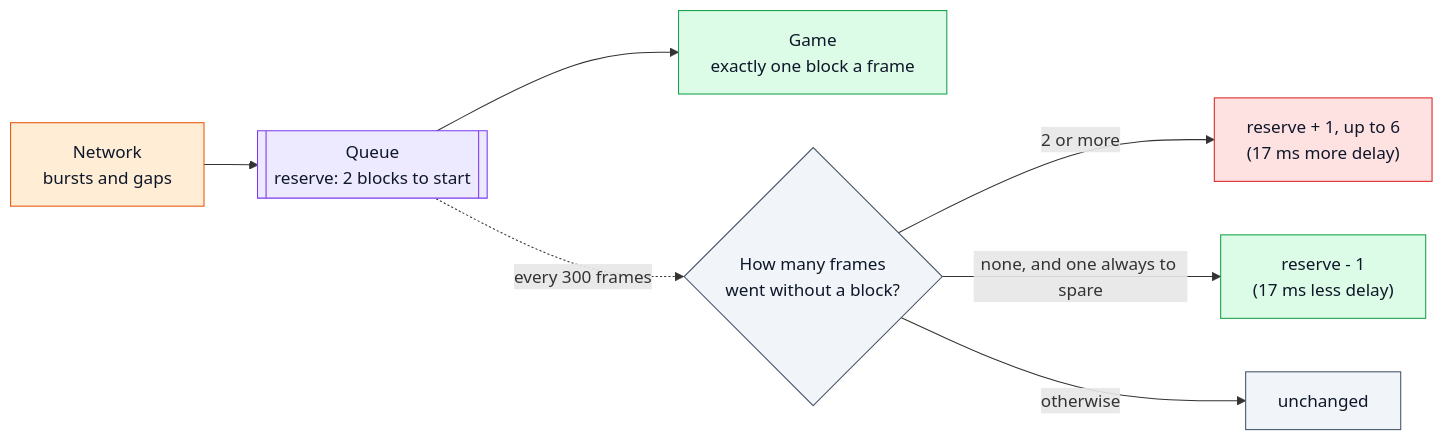
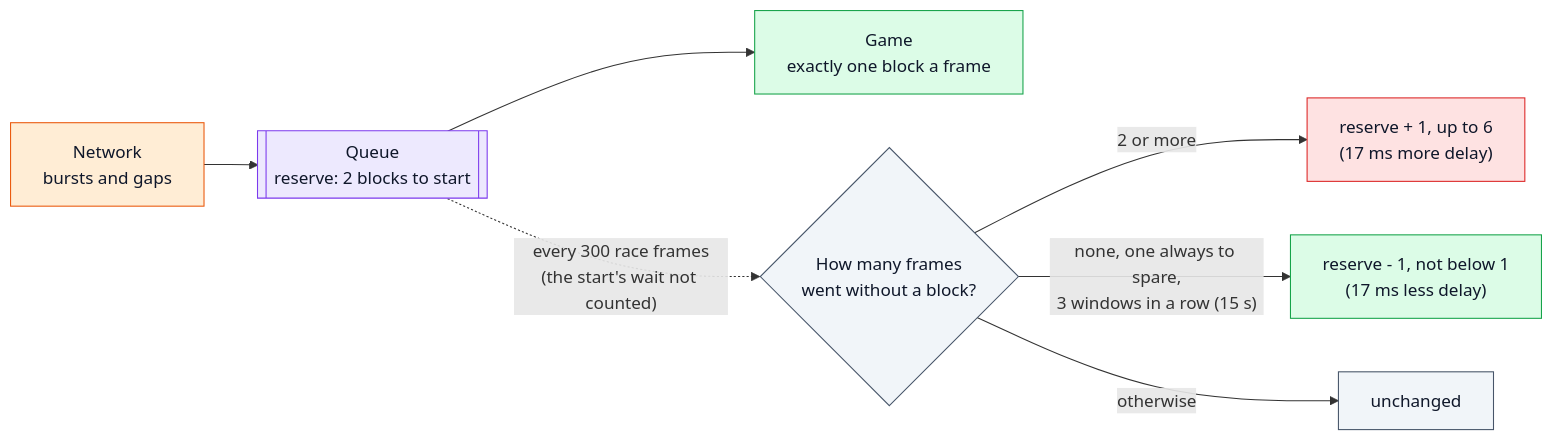
The eighth of 11 diagrams in docs/ONLINE-PROTOCOL.md (railton/daytona-reborn), drawn with Mermaid before and after one commit. The commit also changed other lines of this file and 17 other files, not shown here.

First line of the commit message:
Docs: the protocol's diagrams; old documents removed

````diff
--- a/docs/ONLINE-PROTOCOL.md
+++ b/docs/ONLINE-PROTOCOL.md
@@ -432,14 +452,14 @@
 ```mermaid
 flowchart LR
     N["Network<br/>bursts and gaps"]:::net --> Q[["Queue<br/>reserve: 2 blocks to start"]]:::board --> F["Game<br/>exactly one block a frame"]:::ok
-    Q -.->|"every 300 frames"| A{"How many frames<br/>went without a block?"}:::step
+    Q -.->|"every 300 race frames<br/>(the start's wait not counted)"| A{"How many frames<br/>went without a block?"}:::step
     A -->|"2 or more"| U["reserve + 1, up to 6<br/>(17 ms more delay)"]:::bad
-    A -->|"none, and one always to spare"| D["reserve - 1<br/>(17 ms less delay)"]:::ok
+    A -->|"none, one always to spare,<br/>3 windows in a row (15 s)"| D["reserve - 1, not below 1<br/>(17 ms less delay)"]:::ok
     A -->|"otherwise"| K["unchanged"]:::step
     classDef game fill:#dbeafe,stroke:#2563eb,color:#0f172a
     classDef board fill:#ede9fe,stroke:#7c3aed,color:#0f172a
     classDef net fill:#ffedd5,stroke:#ea580c,color:#0f172a
     classDef ok fill:#dcfce7,stroke:#16a34a,color:#0f172a
     classDef bad fill:#fee2e2,stroke:#dc2626,color:#0f172a
     classDef step fill:#f1f5f9,stroke:#475569,color:#0f172a
 ```
````
